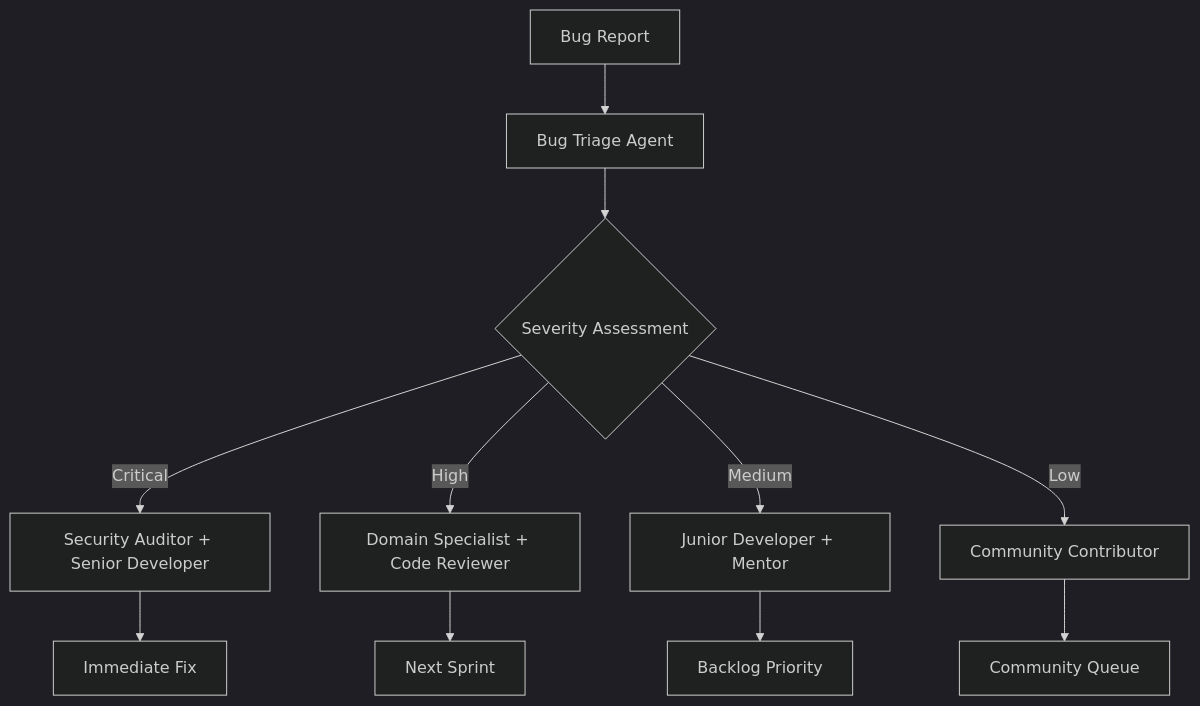
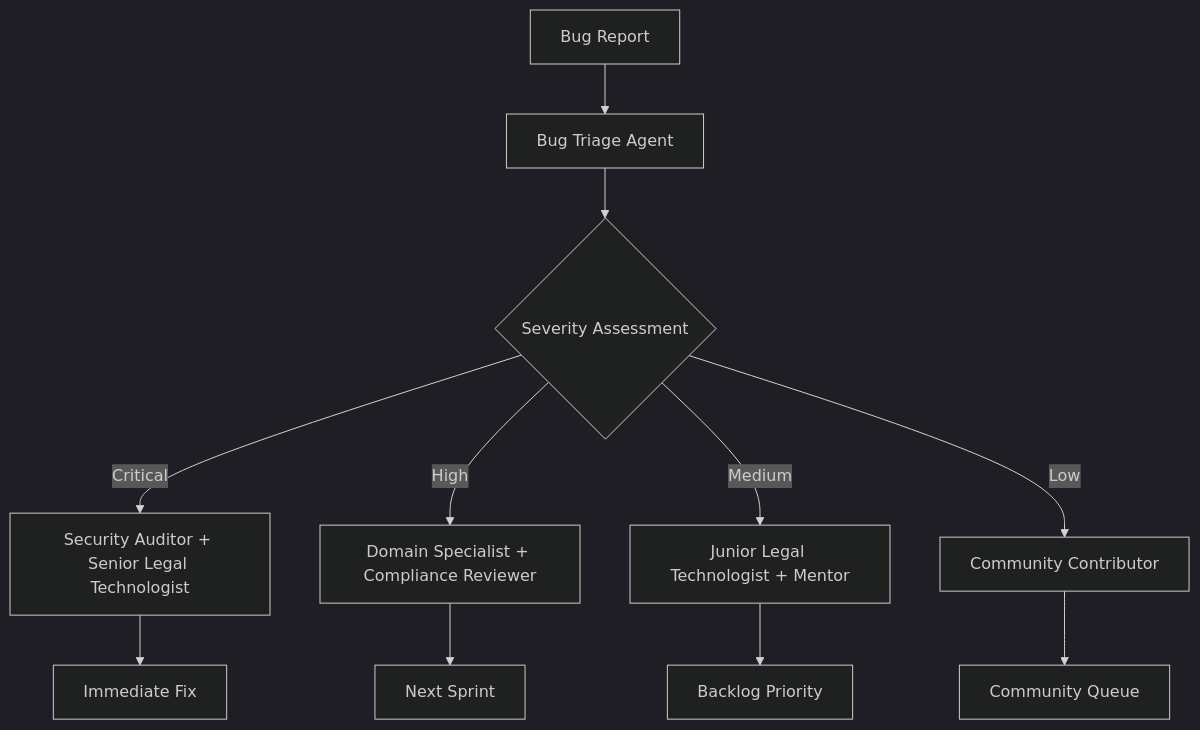
One commit to KingOfTheAce2/BEAR_AI changed the diagram in docs/developer/SWARM_TASK_DISTRIBUTION_GUIDE.md. Above: the diagram before and after it, drawn with Mermaid (dark theme). The commit also changed other lines of this file and 35 other files, not shown here.

````diff
--- a/docs/developer/SWARM_TASK_DISTRIBUTION_GUIDE.md
+++ b/docs/developer/SWARM_TASK_DISTRIBUTION_GUIDE.md
@@ -283,14 +283,14 @@
 ```mermaid
 flowchart TD
     A[Bug Report] --> B[Bug Triage Agent]
     B --> C{Severity Assessment}
-    C -->|Critical| D[Security Auditor + Senior Developer]
-    C -->|High| E[Domain Specialist + Code Reviewer]
-    C -->|Medium| F[Junior Developer + Mentor]
+    C -->|Critical| D[Security Auditor + Senior Legal Technologist]
+    C -->|High| E[Domain Specialist + Compliance Reviewer]
+    C -->|Medium| F[Junior Legal Technologist + Mentor]
     C -->|Low| G[Community Contributor]
     
     D --> H[Immediate Fix]
     E --> I[Next Sprint]
     F --> J[Backlog Priority]
     G --> K[Community Queue]
 ```
````
